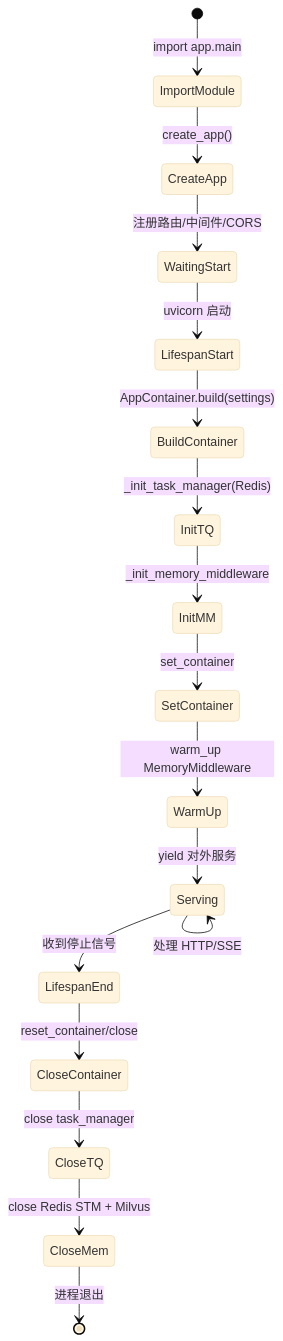
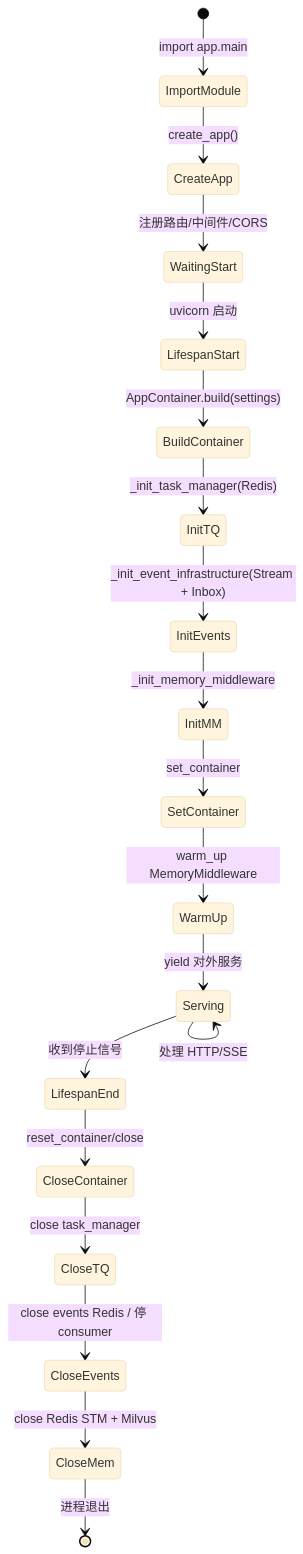
One commit to bitladykiller/- changed the fourth of 36 diagrams in docs/modules/00-全流程图集.md. Above: the diagram before and after it, drawn with Mermaid (base theme). The commit also changed other lines of this file and 19 other files, not shown here.

````diff
--- a/docs/modules/00-全流程图集.md
+++ b/docs/modules/00-全流程图集.md
@@ -185,19 +190,21 @@
 ```mermaid
 stateDiagram-v2
     [*] --> ImportModule: import app.main
     ImportModule --> CreateApp: create_app()
     CreateApp --> WaitingStart: 注册路由/中间件/CORS
     WaitingStart --> LifespanStart: uvicorn 启动
     LifespanStart --> BuildContainer: AppContainer.build(settings)
     BuildContainer --> InitTQ: _init_task_manager(Redis)
-    InitTQ --> InitMM: _init_memory_middleware
+    InitTQ --> InitEvents: _init_event_infrastructure(Stream + Inbox)
+    InitEvents --> InitMM: _init_memory_middleware
     InitMM --> SetContainer: set_container
     SetContainer --> WarmUp: warm_up MemoryMiddleware
     WarmUp --> Serving: yield 对外服务
     Serving --> Serving: 处理 HTTP/SSE
     Serving --> LifespanEnd: 收到停止信号
     LifespanEnd --> CloseContainer: reset_container/close
     CloseContainer --> CloseTQ: close task_manager
-    CloseTQ --> CloseMem: close Redis STM + Milvus
+    CloseTQ --> CloseEvents: close events Redis / 停 consumer
+    CloseEvents --> CloseMem: close Redis STM + Milvus
     CloseMem --> [*]: 进程退出
 ```
````
